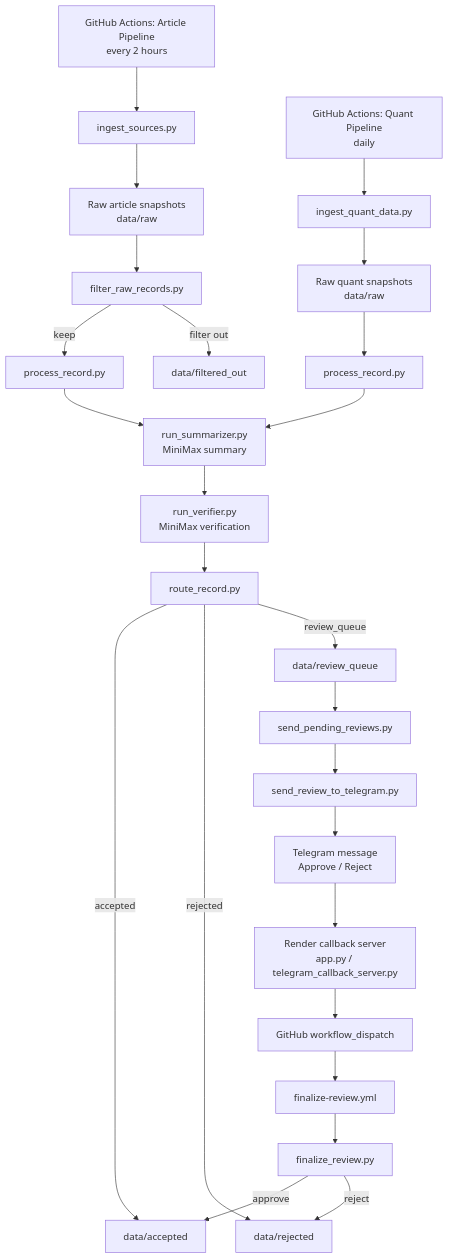
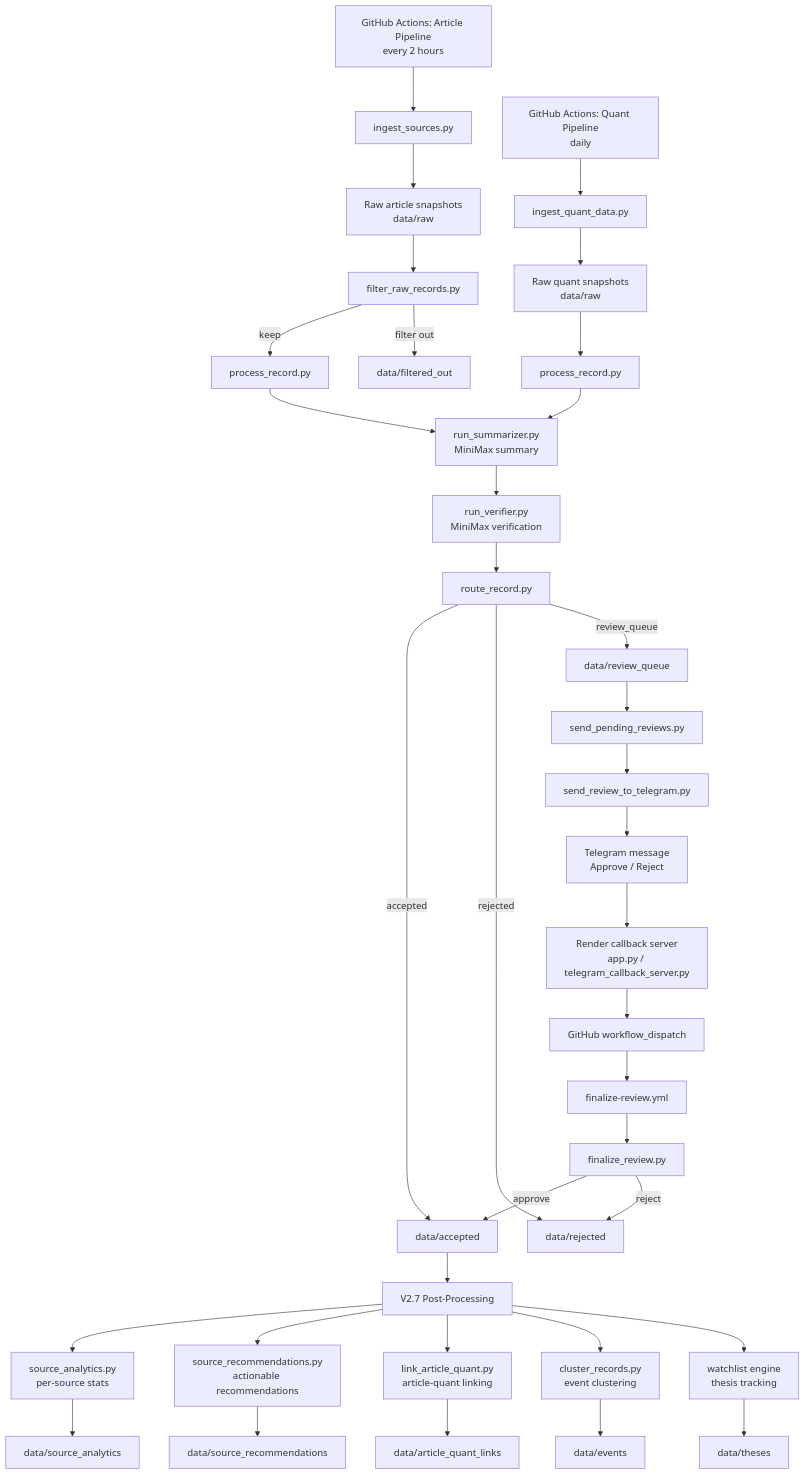
One commit to RishiJain905/Finance-Research-Archive changed the first of 15 diagrams in README.md. Above: the diagram before and after it, drawn with Mermaid. The commit also changed other lines of this file, not shown here.

````diff
--- a/README.md
+++ b/README.md
@@ -59,35 +70,48 @@
 ```mermaid
 flowchart TD
     A[GitHub Actions: Article Pipeline<br/>every 2 hours] --> B[ingest_sources.py]
     Q[GitHub Actions: Quant Pipeline<br/>daily] --> R[ingest_quant_data.py]
 
     B --> C[Raw article snapshots<br/>data/raw]
     R --> S[Raw quant snapshots<br/>data/raw]
 
     C --> D[filter_raw_records.py]
     S --> T[process_record.py]
 
     D -->|keep| E[process_record.py]
     D -->|filter out| F[data/filtered_out]
 
     E --> G[run_summarizer.py<br/>MiniMax summary]
     T --> G
     G --> H[run_verifier.py<br/>MiniMax verification]
     H --> I[route_record.py]
 
     I -->|accepted| J[data/accepted]
     I -->|rejected| K[data/rejected]
     I -->|review_queue| L[data/review_queue]
 
     L --> M[send_pending_reviews.py]
     M --> N[send_review_to_telegram.py]
     N --> O[Telegram message<br/>Approve / Reject]
 
     O --> P[Render callback server<br/>app.py / telegram_callback_server.py]
     P --> X[GitHub workflow_dispatch]
     X --> Y[finalize-review.yml]
     Y --> Z[finalize_review.py]
 
     Z -->|approve| J
     Z -->|reject| K
+
+    J --> AA[V2.7 Post-Processing]
+    AA --> AB[source_analytics.py<br/>per-source stats]
+    AA --> AC[source_recommendations.py<br/>actionable recommendations]
+    AA --> AD[link_article_quant.py<br/>article-quant linking]
+    AA --> AE[cluster_records.py<br/>event clustering]
+    AA --> AF[watchlist engine<br/>thesis tracking]
+
+    AB --> AG[data/source_analytics]
+    AC --> AH[data/source_recommendations]
+    AD --> AI[data/article_quant_links]
+    AE --> AJ[data/events]
+    AF --> AK[data/theses]
 ```
````
